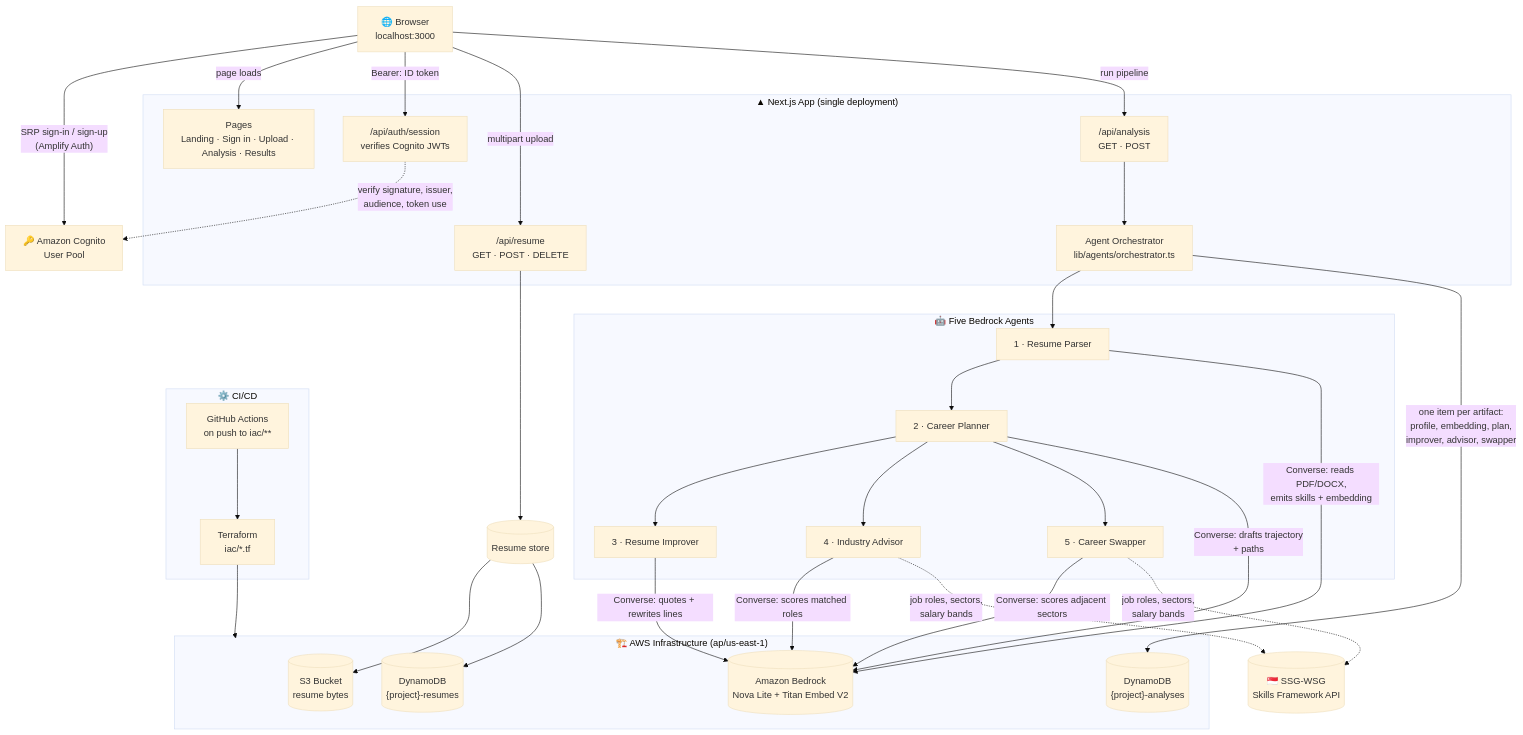
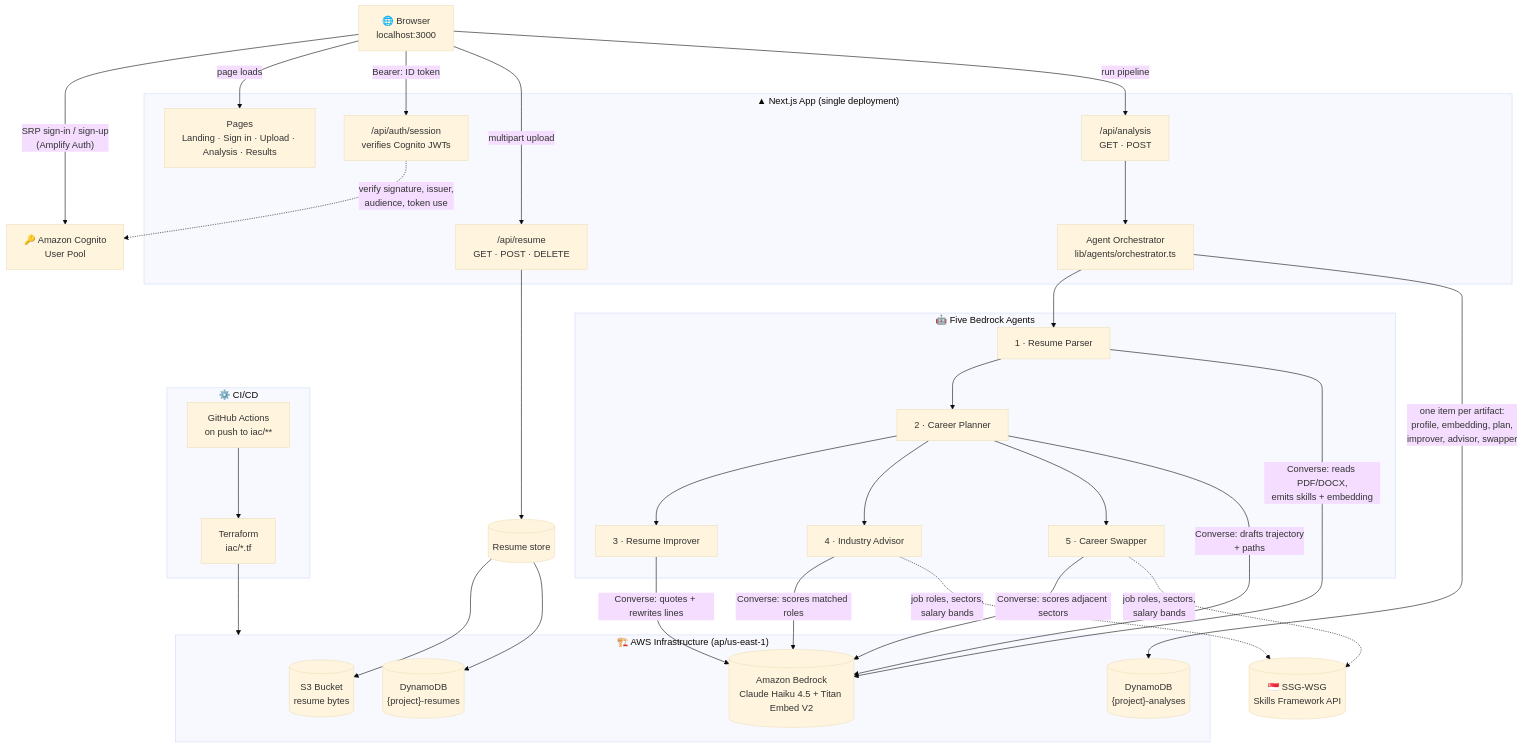
Before and after one commit to oreoolis/meong-MyWay: the first of 4 diagrams in README.md, drawn with Mermaid (base theme). The commit also changed other lines of this file and 10 other files, not shown here.

````diff
--- a/README.md
+++ b/README.md
@@ -57,60 +93,60 @@
 ```mermaid
 graph TD
     Browser["🌐 Browser<br/>localhost:3000"]
     KC["🔑 Amazon Cognito<br/>User Pool"]
 
     subgraph next["▲ Next.js App (single deployment)"]
         pages["Pages<br/>Landing · Sign in · Upload · Analysis · Results"]
         apiAuth["/api/auth/session<br/>verifies Cognito JWTs"]
         apiResume["/api/resume<br/>GET · POST · DELETE"]
         apiAnalysis["/api/analysis<br/>GET · POST"]
         orchestrator["Agent Orchestrator<br/>lib/agents/orchestrator.ts"]
     end
 
     Browser -->|"SRP sign-in / sign-up<br/>(Amplify Auth)"| KC
     Browser -->|page loads| pages
     Browser -->|"Bearer: ID token"| apiAuth
     Browser -->|"multipart upload"| apiResume
     Browser -->|"run pipeline"| apiAnalysis
 
     apiAuth -.->|verify signature, issuer,<br/>audience, token use| KC
     apiResume --> orchestratorStore[("Resume store")]
     apiAnalysis --> orchestrator
 
     subgraph agents["🤖 Five Bedrock Agents"]
         parser["1 · Resume Parser"]
         planner["2 · Career Planner"]
         improver["3 · Resume Improver"]
         advisor["4 · Industry Advisor"]
         swapper["5 · Career Swapper"]
     end
 
     orchestrator --> parser
     parser --> planner
     planner --> improver & advisor & swapper
 
     subgraph aws["🏗️ AWS Infrastructure (ap/us-east-1)"]
-        bedrock[("Amazon Bedrock<br/>Nova Lite + Titan Embed V2")]
+        bedrock[("Amazon Bedrock<br/>Claude Haiku 4.5 + Titan Embed V2")]
         s3[("S3 Bucket<br/>resume bytes")]
         ddbResumes[("DynamoDB<br/>{project}-resumes")]
         ddbAnalyses[("DynamoDB<br/>{project}-analyses")]
     end
 
     parser -->|Converse: reads PDF/DOCX,<br/>emits skills + embedding| bedrock
     planner -->|Converse: drafts trajectory<br/>+ paths| bedrock
     improver -->|Converse: quotes + rewrites lines| bedrock
     advisor -->|Converse: scores matched roles| bedrock
     swapper -->|Converse: scores adjacent sectors| bedrock
 
     orchestratorStore --> s3 & ddbResumes
     orchestrator -->|"one item per artifact:<br/>profile, embedding, plan,<br/>improver, advisor, swapper"| ddbAnalyses
 
     advisor -.->|"job roles, sectors,<br/>salary bands"| ssg[("🇸🇬 SSG-WSG<br/>Skills Framework API")]
     swapper -.->|"job roles, sectors,<br/>salary bands"| ssg
 
     subgraph deploy["⚙️ CI/CD"]
         gha["GitHub Actions<br/>on push to iac/**"]
         tf["Terraform<br/>iac/*.tf"]
     end
     gha --> tf --> aws
 ```
````
